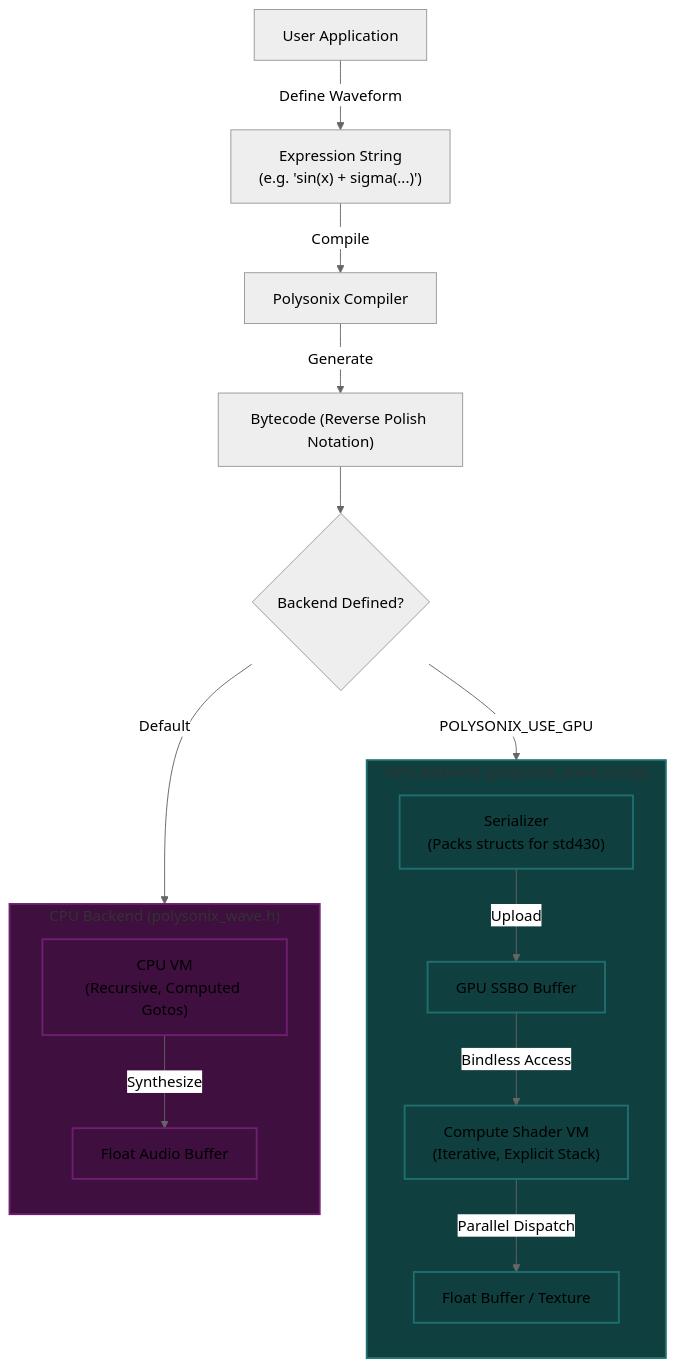
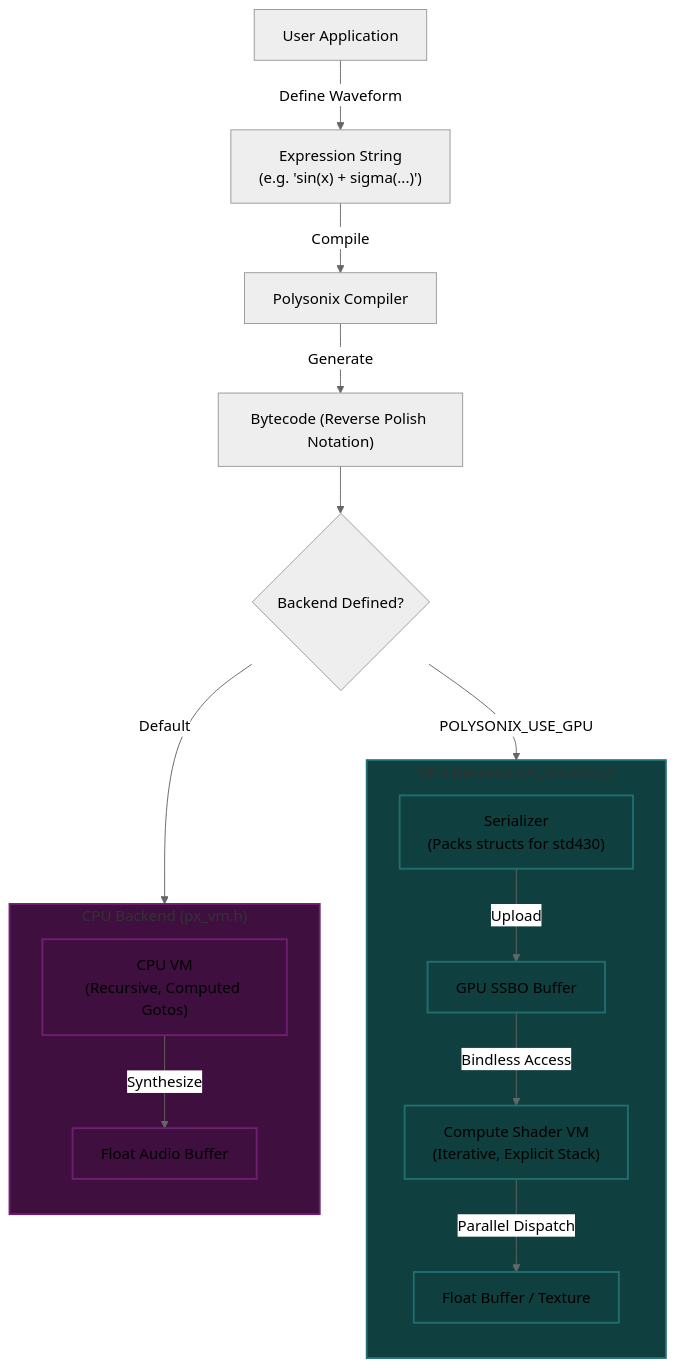
Before and after one commit to jmorel33/polysonix: the first of 2 diagrams in README.md, drawn with Mermaid (neutral theme). The commit also changed other lines of this file and 15 other files, not shown here.

````diff
--- a/README.md
+++ b/README.md
@@ -85,32 +85,32 @@
 ```mermaid
 flowchart TD
     %% Common Frontend
     App[User Application] -->|Define Waveform| Expr["Expression String\n(e.g. 'sin(x) + sigma(...)')"]
     Expr -->|Compile| Compiler[Polysonix Compiler]
     Compiler -->|Generate| Bytecode["Bytecode (Reverse Polish Notation)"]
 
     %% Backend Selection
     Bytecode --> Mode{Backend Defined?}
 
     %% CPU Path
     Mode -->|Default| CPU_Exec[CPU Execution]
-    subgraph CPU_Exec ["CPU Backend (polysonix_wave.h)"]
+    subgraph CPU_Exec ["CPU Backend (px_vm.h)"]
         direction TB
         CPU_VM["CPU VM\n(Recursive, Computed Gotos)"] -->|Synthesize| CPU_Out[Float Audio Buffer]
     end
 
     %% GPU Path
     Mode -->|POLYSONIX_USE_GPU| GPU_Exec[GPU Execution]
-    subgraph GPU_Exec ["GPU Backend (polysonix_wave.comp)"]
+    subgraph GPU_Exec ["GPU Backend (px_vm.comp)"]
         direction TB
         Serializer["Serializer\n(Packs structs for std430)"] -->|Upload| SSBO[GPU SSBO Buffer]
         SSBO -->|Bindless Access| Shader["Compute Shader VM\n(Iterative, Explicit Stack)"]
         Shader -->|Parallel Dispatch| GPU_Out[Float Buffer / Texture]
     end
 
     %% Comparison styling
     classDef cpu fill:#3f0f3f,stroke:#6f1f6f,stroke-width:2px;
     classDef gpu fill:#0f3f3f,stroke:#1f6f6f,stroke-width:2px;
     class CPU_Exec,CPU_VM,CPU_Out cpu;
     class GPU_Exec,Serializer,SSBO,Shader,GPU_Out gpu;
 ```
````
